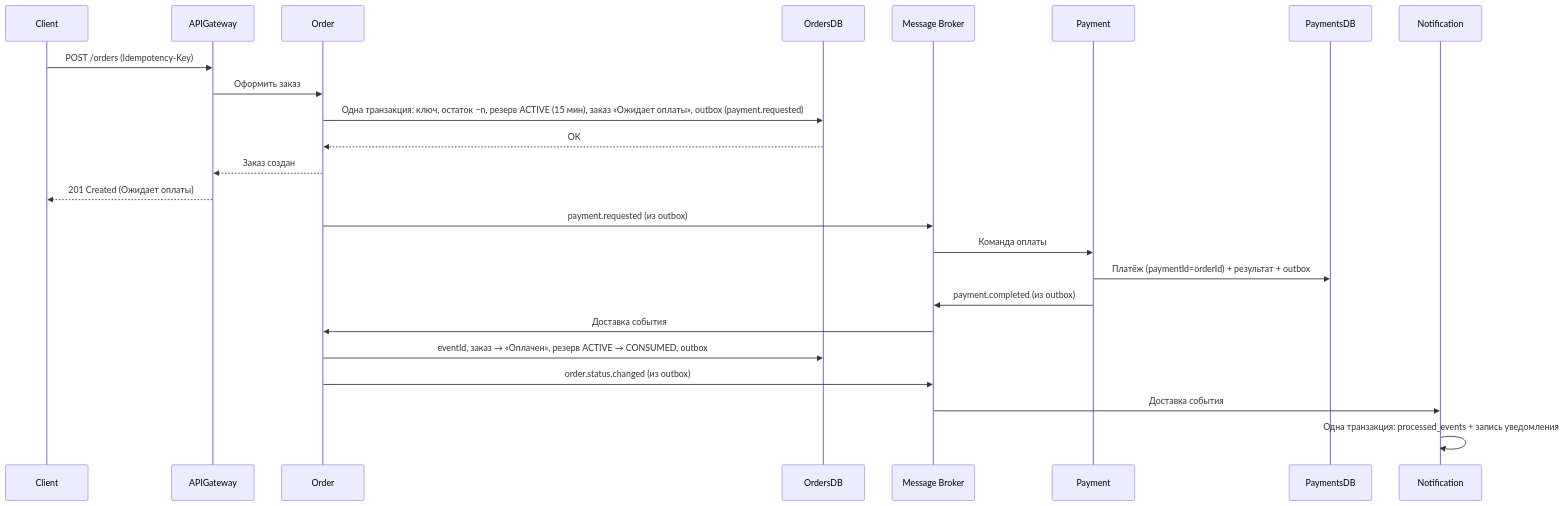
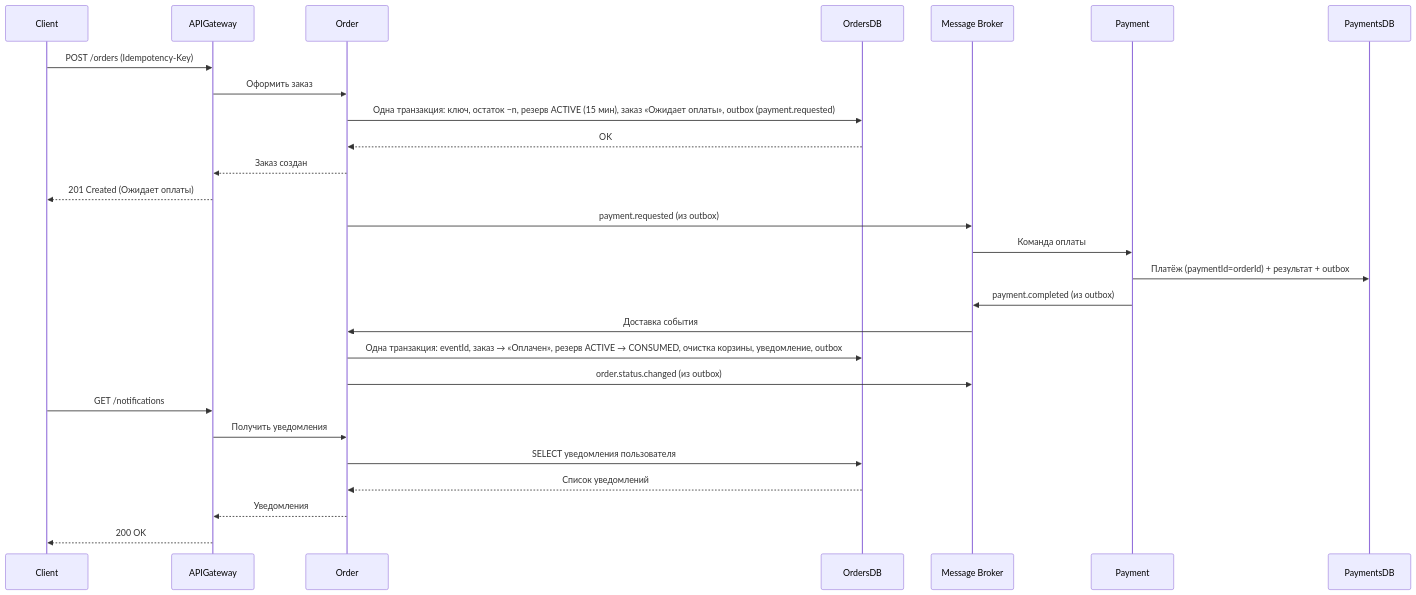
One commit to spbu-ds-practicum-2026/good_question changed the fourth of 10 diagrams in docs/tr.md. Above: the diagram before and after it, drawn with Mermaid. The commit also changed other lines of this file, not shown here.

````diff
--- a/docs/tr.md
+++ b/docs/tr.md
@@ -331,27 +366,30 @@
 ```mermaid
 sequenceDiagram
   participant Client
   participant APIGateway
   participant Order
   participant OrdersDB
   participant Broker as Message Broker
   participant Payment
   participant PaymentsDB
-  participant Notify as Notification
 
   Client->>APIGateway: POST /orders (Idempotency-Key)
   APIGateway->>Order: Оформить заказ
   Order->>OrdersDB: Одна транзакция: ключ, остаток −n, резерв ACTIVE (15 мин), заказ «Ожидает оплаты», outbox (payment.requested)
   OrdersDB-->>Order: OK
   Order-->>APIGateway: Заказ создан
   APIGateway-->>Client: 201 Created (Ожидает оплаты)
   Order->>Broker: payment.requested (из outbox)
   Broker->>Payment: Команда оплаты
   Payment->>PaymentsDB: Платёж (paymentId=orderId) + результат + outbox
   Payment->>Broker: payment.completed (из outbox)
   Broker->>Order: Доставка события
-  Order->>OrdersDB: eventId, заказ → «Оплачен», резерв ACTIVE → CONSUMED, outbox
+  Order->>OrdersDB: Одна транзакция: eventId, заказ → «Оплачен», резерв ACTIVE → CONSUMED, очистка корзины, уведомление, outbox
   Order->>Broker: order.status.changed (из outbox)
-  Broker->>Notify: Доставка события
-  Notify->>Notify: Одна транзакция: processed_events + запись уведомления
+  Client->>APIGateway: GET /notifications
+  APIGateway->>Order: Получить уведомления
+  Order->>OrdersDB: SELECT уведомления пользователя
+  OrdersDB-->>Order: Список уведомлений
+  Order-->>APIGateway: Уведомления
+  APIGateway-->>Client: 200 OK
 ```
````
